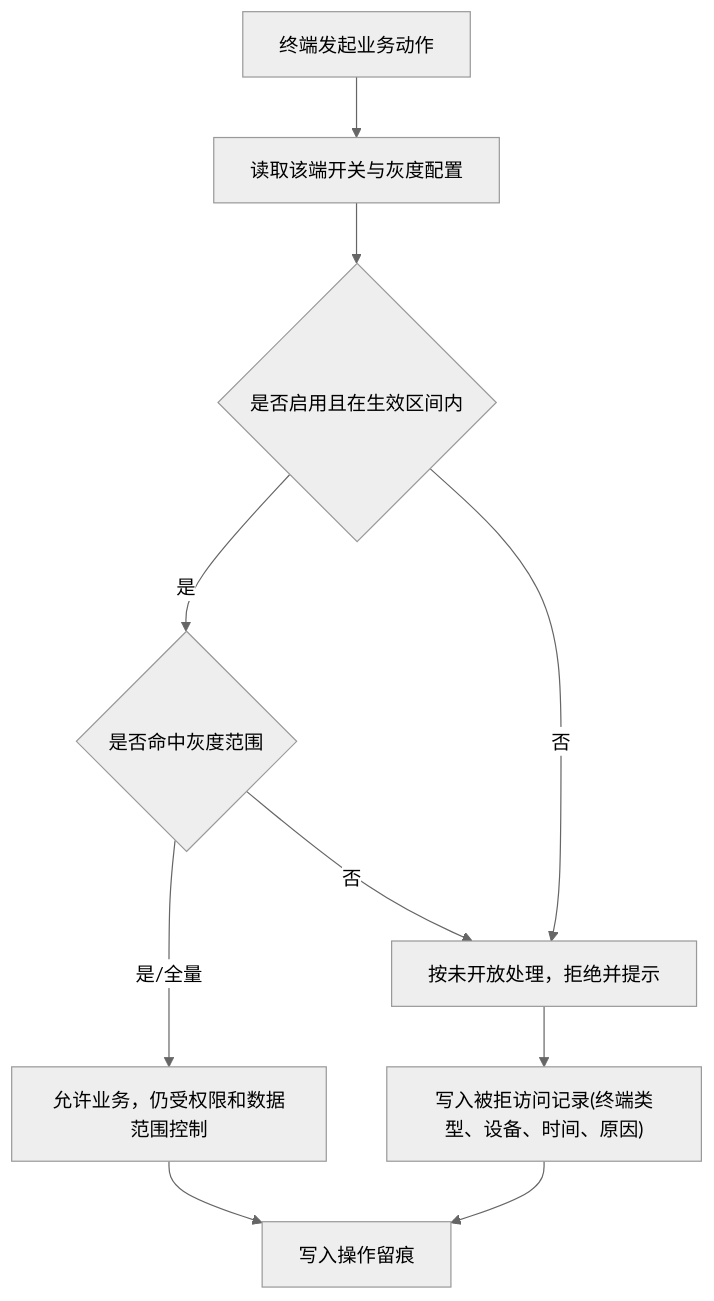
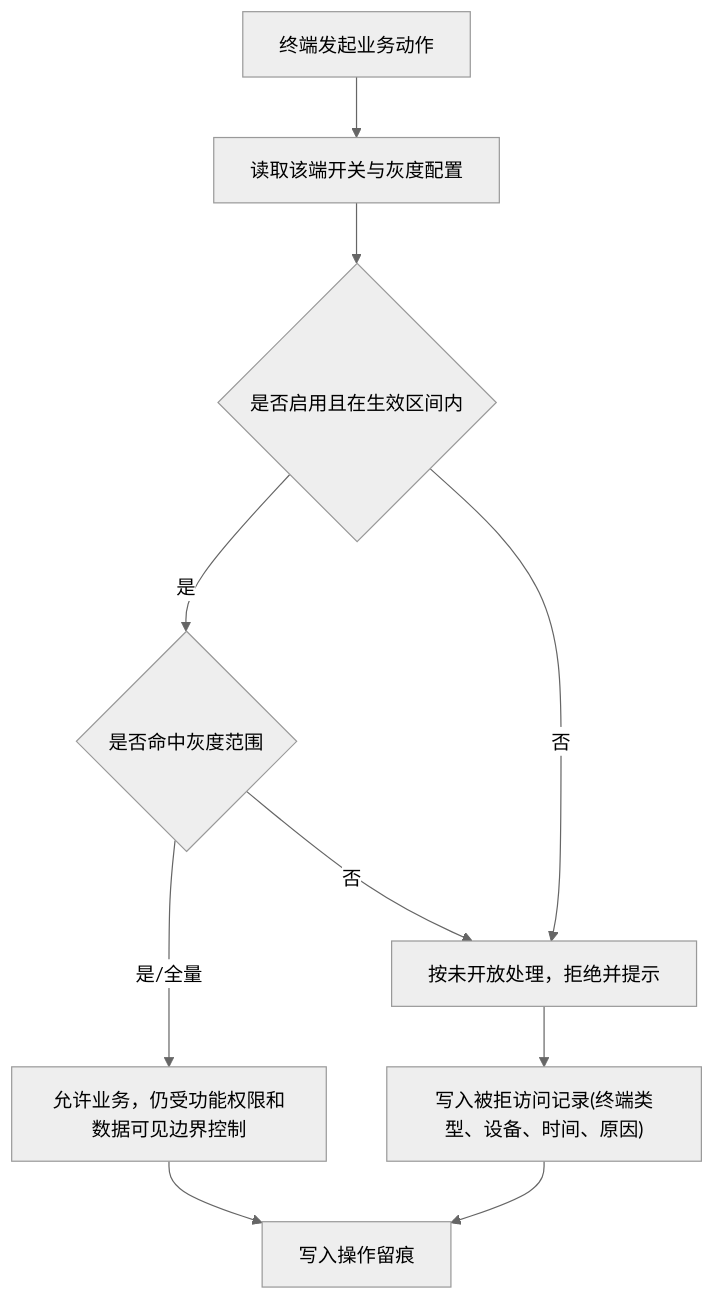
Diagram 19 of 19 in docs/platform-governance-product-spec-v0.2.md (jxh1979/mall), drawn with Mermaid (neutral theme) before and after one commit. The commit also changed other lines of this file and 8 other files, not shown here.

````diff
--- a/docs/platform-governance-product-spec-v0.2.md
+++ b/docs/platform-governance-product-spec-v0.2.md
@@ -2219,12 +2217,12 @@
 ```mermaid
 flowchart TD
     A["终端发起业务动作"] --> B["读取该端开关与灰度配置"]
     B --> C{"是否启用且在生效区间内"}
     C -- "是" --> D{"是否命中灰度范围"}
-    D -- "是/全量" --> E["允许业务，仍受权限和数据范围控制"]
+    D -- "是/全量" --> E["允许业务，仍受功能权限和数据可见边界控制"]
     D -- "否" --> F["按未开放处理，拒绝并提示"]
     C -- "否" --> F
     F --> G["写入被拒访问记录(终端类型、设备、时间、原因)"]
     E --> H["写入操作留痕"]
     G --> H
 ```
````
